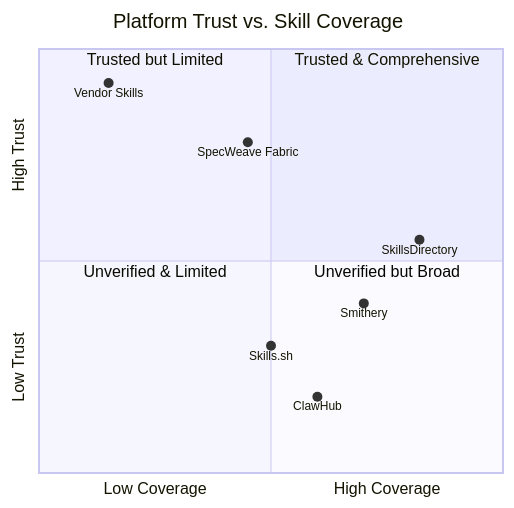
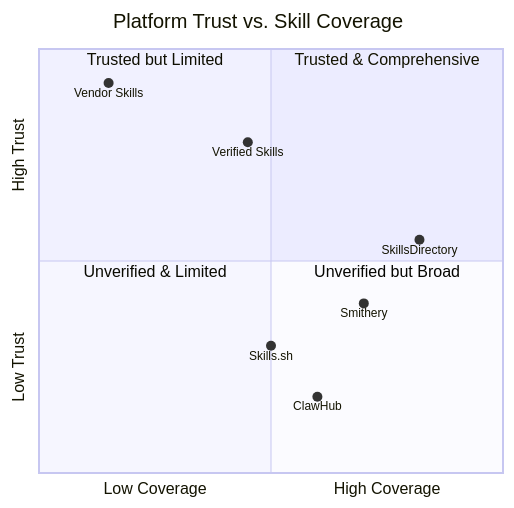
The first of 4 diagrams in docs-site/docs/skills/verified/skills-ecosystem-security.md (anton-abyzov/specweave), drawn with Mermaid before and after one commit. The commit also changed other lines of this file and 24 other files, not shown here.

````diff
--- a/docs-site/docs/skills/verified/skills-ecosystem-security.md
+++ b/docs-site/docs/skills/verified/skills-ecosystem-security.md
@@ -60,16 +60,16 @@
 ```mermaid
 quadrantChart
     title Platform Trust vs. Skill Coverage
     x-axis "Low Coverage" --> "High Coverage"
     y-axis "Low Trust" --> "High Trust"
     quadrant-1 "Trusted & Comprehensive"
     quadrant-2 "Trusted but Limited"
     quadrant-3 "Unverified & Limited"
     quadrant-4 "Unverified but Broad"
     "Vendor Skills": [0.15, 0.92]
-    "SpecWeave Fabric": [0.45, 0.78]
+    "Verified Skills": [0.45, 0.78]
     "SkillsDirectory": [0.82, 0.55]
     "Skills.sh": [0.50, 0.30]
     "ClawHub": [0.60, 0.18]
     "Smithery": [0.70, 0.40]
 ```
````
